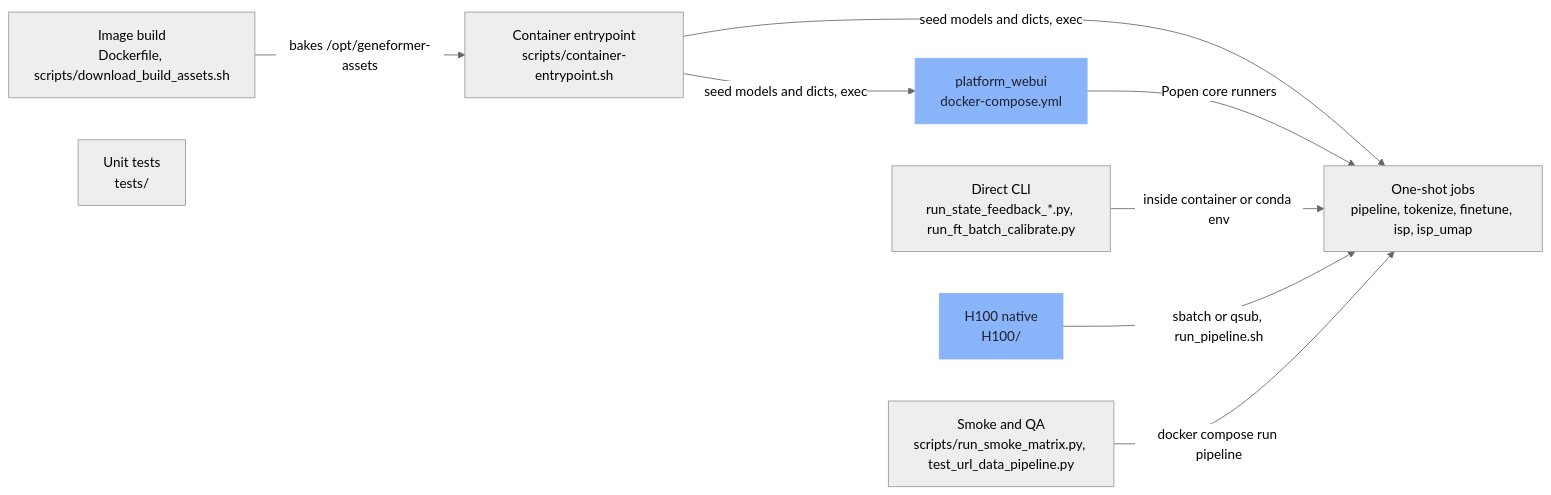
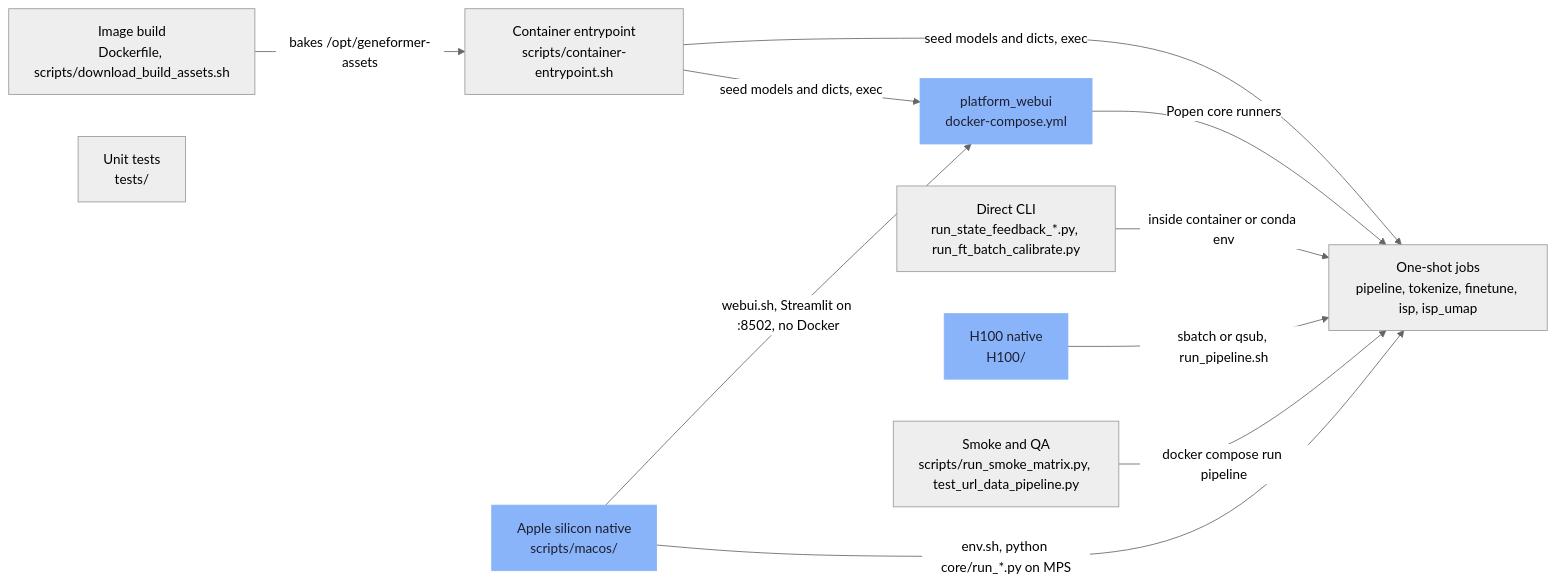
Before and after one commit to YuyaSanaki/ISP-Platform: the diagram in .omm/command-surface/diagram.mmd, drawn with Mermaid (neutral theme). The commit also changed 56 other files, not shown here.

Commit message:
omm: refresh for v1.4.1 (rank enrichment, Apple silicon, FT batch 4-8)

```diff
--- a/.omm/command-surface/diagram.mmd
+++ b/.omm/command-surface/diagram.mmd
@@ -1,21 +1,24 @@
 graph LR
     image-build["Image build\nDockerfile, scripts/download_build_assets.sh"]
     container-entrypoint["Container entrypoint\nscripts/container-entrypoint.sh"]
     platform-webui["platform_webui\ndocker-compose.yml"]
     compose-jobs["One-shot jobs\npipeline, tokenize, finetune, isp, isp_umap"]
     direct-cli["Direct CLI\nrun_state_feedback_*.py, run_ft_batch_calibrate.py"]
     h100-native["H100 native\nH100/"]
+    macos-native["Apple silicon native\nscripts/macos/"]
     smoke-tools["Smoke and QA\nscripts/run_smoke_matrix.py, test_url_data_pipeline.py"]
     unit-tests["Unit tests\ntests/"]
     image-build -->|"bakes /opt/geneformer-assets"| container-entrypoint
     container-entrypoint -->|"seed models and dicts, exec"| platform-webui
     container-entrypoint -->|"seed models and dicts, exec"| compose-jobs
     platform-webui -->|"Popen core runners"| compose-jobs
     direct-cli -->|"inside container or conda env"| compose-jobs
     h100-native -->|"sbatch or qsub, run_pipeline.sh"| compose-jobs
     smoke-tools -->|"docker compose run pipeline"| compose-jobs
-    class platform-webui,h100-native entry
+    macos-native -->|"webui.sh, Streamlit on :8502, no Docker"| platform-webui
+    macos-native -->|"env.sh, python core/run_*.py on MPS"| compose-jobs
+    class platform-webui,h100-native,macos-native entry
     classDef external fill:#585b70,stroke:#585b70,color:#cdd6f4
     classDef concern fill:#f38ba8,stroke:#f38ba8,color:#1e1e2e
     classDef entry fill:#89b4fa,stroke:#89b4fa,color:#1e1e2e
     classDef store fill:#a6e3a1,stroke:#a6e3a1,color:#1e1e2e
```
